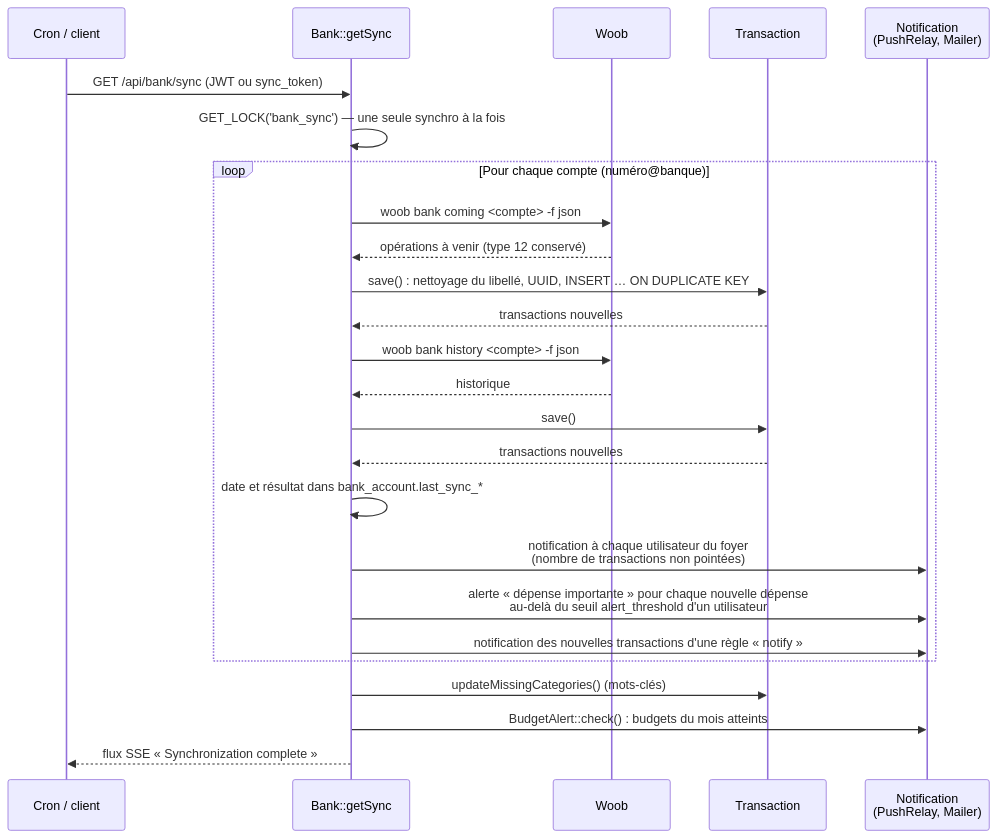
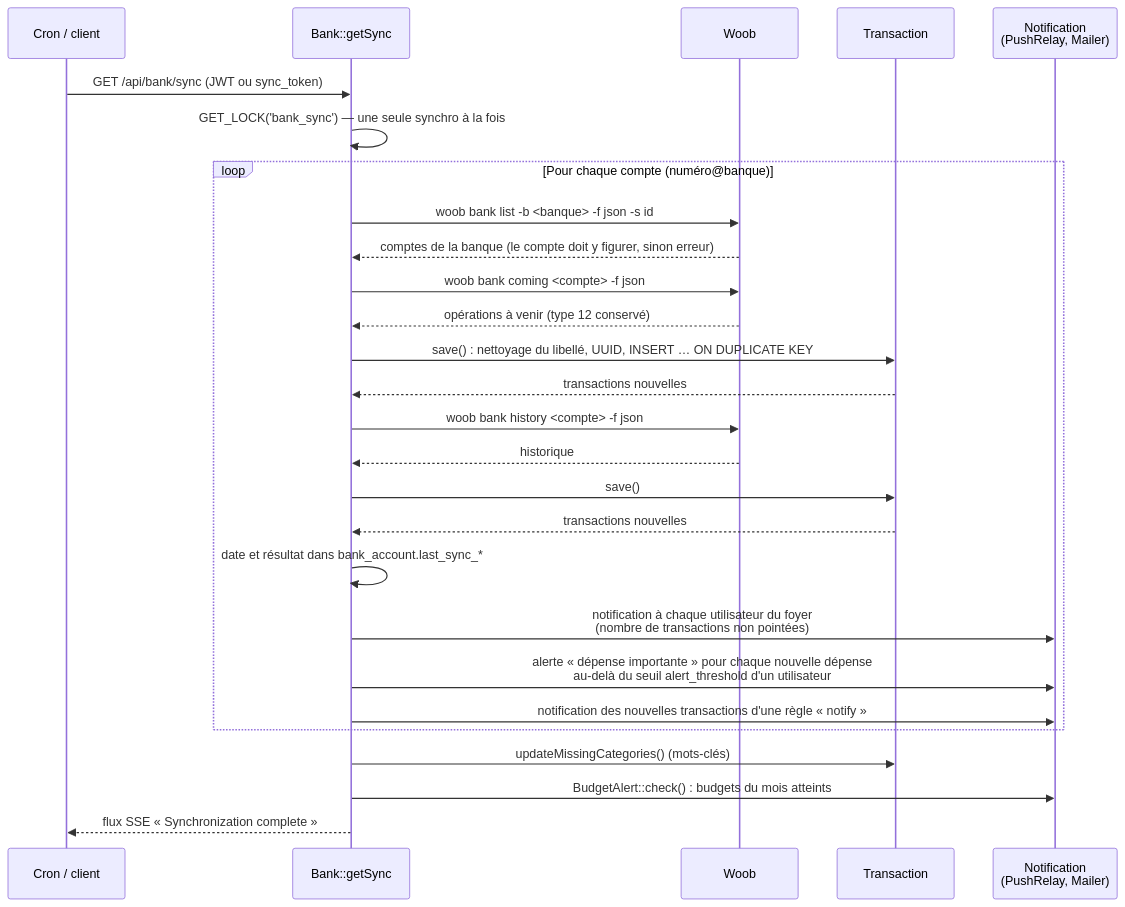
The third of 4 diagrams in docs/architecture.md (claneys/Carbure), drawn with Mermaid before and after one commit. The commit also changed 15 other files, not shown here.

First line of the commit message:
fix(sync): list the accounts of the bank before the transactions (#275)

````diff
--- a/docs/architecture.md
+++ b/docs/architecture.md
@@ -78,27 +78,29 @@
 ```mermaid
 sequenceDiagram
     participant P as Cron / client
     participant B as Bank::getSync
     participant W as Woob
     participant T as Transaction
     participant D as Notification<br/>(PushRelay, Mailer)
     P->>B: GET /api/bank/sync (JWT ou sync_token)
     B->>B: GET_LOCK('bank_sync') — une seule synchro à la fois
     loop Pour chaque compte (numéro@banque)
+        B->>W: woob bank list -b <banque> -f json -s id
+        W-->>B: comptes de la banque (le compte doit y figurer, sinon erreur)
         B->>W: woob bank coming <compte> -f json
         W-->>B: opérations à venir (type 12 conservé)
         B->>T: save() : nettoyage du libellé, UUID, INSERT … ON DUPLICATE KEY
         T-->>B: transactions nouvelles
         B->>W: woob bank history <compte> -f json
         W-->>B: historique
         B->>T: save()
         T-->>B: transactions nouvelles
         B->>B: date et résultat dans bank_account.last_sync_*
         B->>D: notification à chaque utilisateur du foyer<br/>(nombre de transactions non pointées)
         B->>D: alerte « dépense importante » pour chaque nouvelle dépense<br/>au-delà du seuil alert_threshold d'un utilisateur
         B->>D: notification des nouvelles transactions d'une règle « notify »
     end
     B->>T: updateMissingCategories() (mots-clés)
     B->>D: BudgetAlert::check() : budgets du mois atteints
     B-->>P: flux SSE « Synchronization complete »
 ```
````
